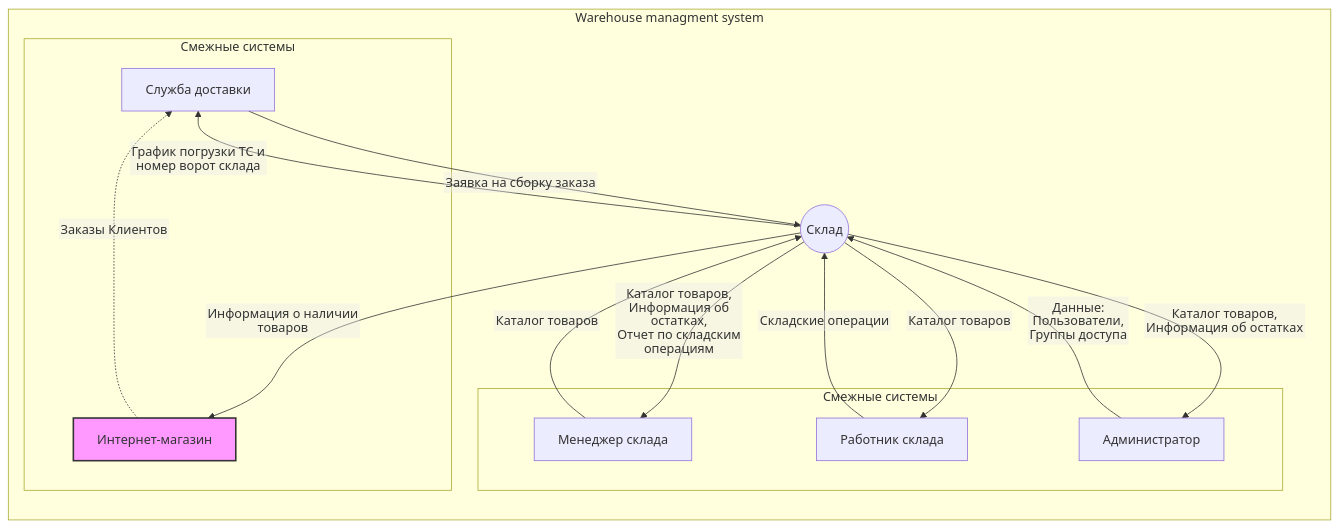
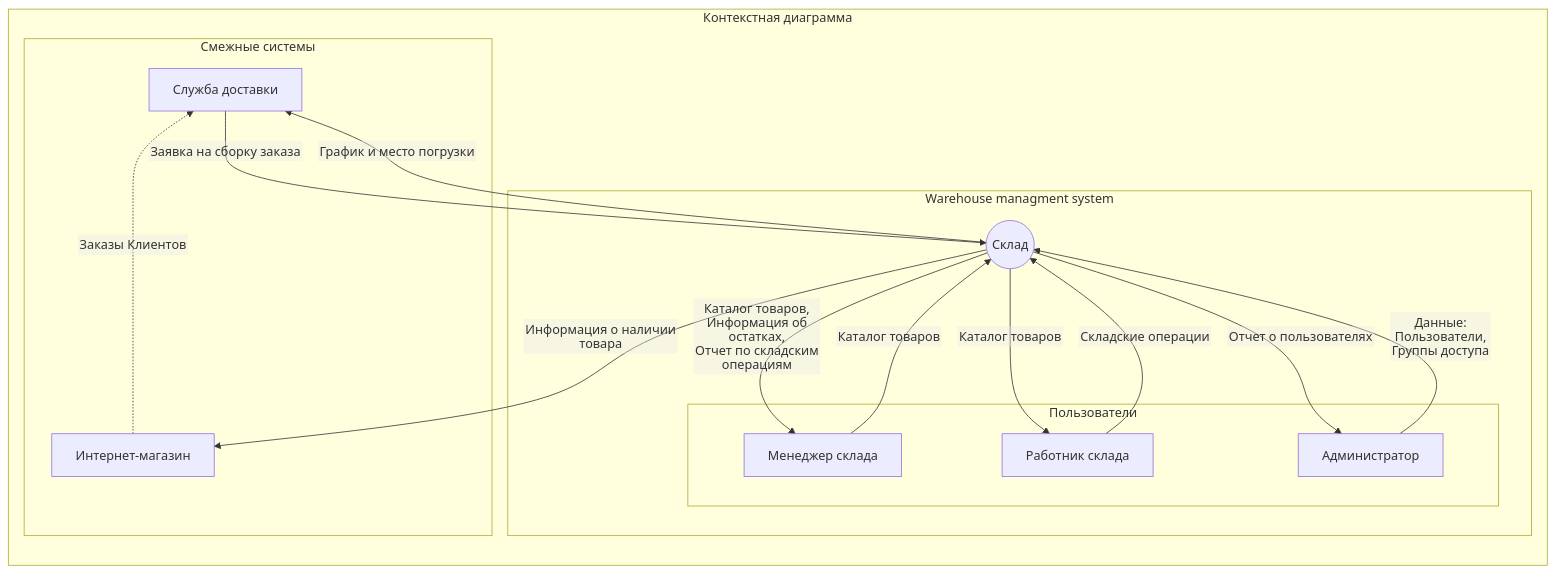
The first of 7 diagrams in README.md (PortnovAlex80/node_js_pro), drawn with Mermaid before and after one commit. The commit also changed other lines of this file, not shown here.

````diff
--- a/README.md
+++ b/README.md
@@ -292,38 +299,38 @@
 ```mermaid
 %%{init: {"flowchart": {"htmlLabels": false}} }%%
 graph LR
-	subgraph WMSystem["Warehouse managment system"]
-		WMS(("Склад"))
-            subgraph Users["Смежные системы"]
-				MGR["Менеджер склада"]
-		        ADMIN["Администратор"]
-		        EMPLOYEE["Работник склада"]
-		    end
-		    
-            subgraph Systems["Смежные системы"]
-		        DELIVERY["Служба доставки"]
-		        INTERNET_SHOP["Интернет-магазин"]
-		    end
-	end
-  
+
+subgraph Systems["Контекстная диаграмма"]
+subgraph WMSystem["Warehouse managment system"]
+WMS(("Склад"))
+  subgraph Users["Пользователи"]
+  MGR["Менеджер склада"]
+  EMPLOYEE["Работник склада"]
+  ADMIN["Администратор"]
+  end
+ end
+
+subgraph Context["Смежные системы"]
+ DELIVERY["Служба доставки"]
+ INTERNET_SHOP["Интернет-магазин"]
+ end
+end
+	              
 	MGR--> |Каталог товаров|WMS
 	WMS -->|"Каталог товаров,
 Информация об остатках,  
 Отчет по складским операциям"| MGR
 	
 	EMPLOYEE-->|Складские операции|WMS
     WMS -->|Каталог товаров| EMPLOYEE
 	
 	ADMIN--> |"Данные:
 Пользователи,
 Группы доступа"|WMS
-	WMS --> |"Каталог товаров,
-Информация об остатках"|ADMIN
+	WMS --> |"Отчет о пользователях"|ADMIN
 		
-	WMS --> |Информация о наличии товаров|INTERNET_SHOP
+	WMS --> |Информация о наличии товара|INTERNET_SHOP
 	INTERNET_SHOP -.-> |Заказы Клиентов|DELIVERY 
-	style INTERNET_SHOP fill:#f9f,stroke:#333,stroke-width:2px
 	DELIVERY--> |Заявка на сборку заказа|WMS 
-	WMS --> |"График погрузки ТС и 
-	номер ворот склада"|DELIVERY
+	WMS --> |"График и место погрузки"|DELIVERY
 ```
````
